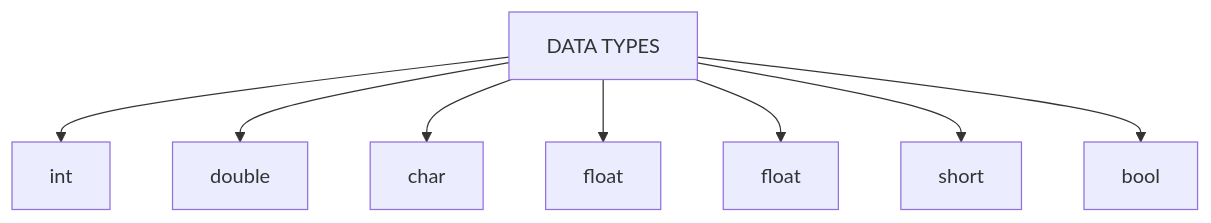
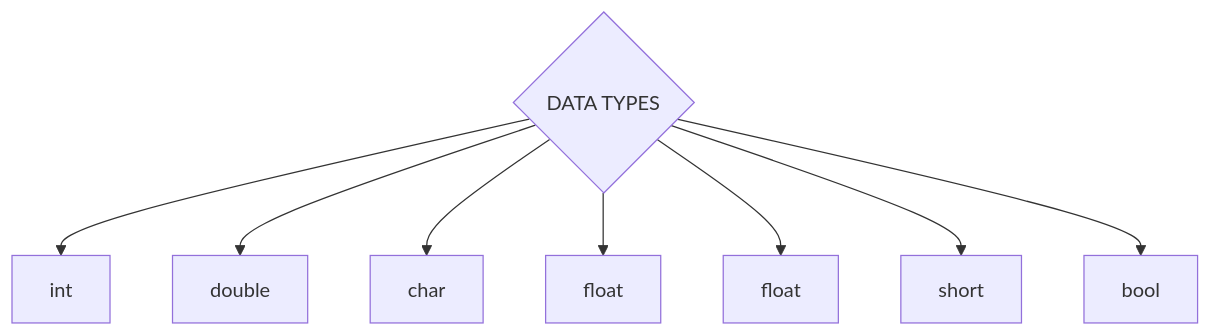
The diagram in Gettingstartedwithc.md (qwerty-arun/learn_C), drawn with Mermaid before and after one commit.

````diff
--- a/Gettingstartedwithc.md
+++ b/Gettingstartedwithc.md
@@ -149,10 +149,10 @@
 ```mermaid
 flowchart TD
-A[DATA TYPES] --> B[int];
+A{DATA TYPES} --> B[int];
 A --> C[double];
 A --> D[char];
 A --> E[float];
 A --> F[float];
 A --> G[short];
 A --> H[bool];
 ```
````
